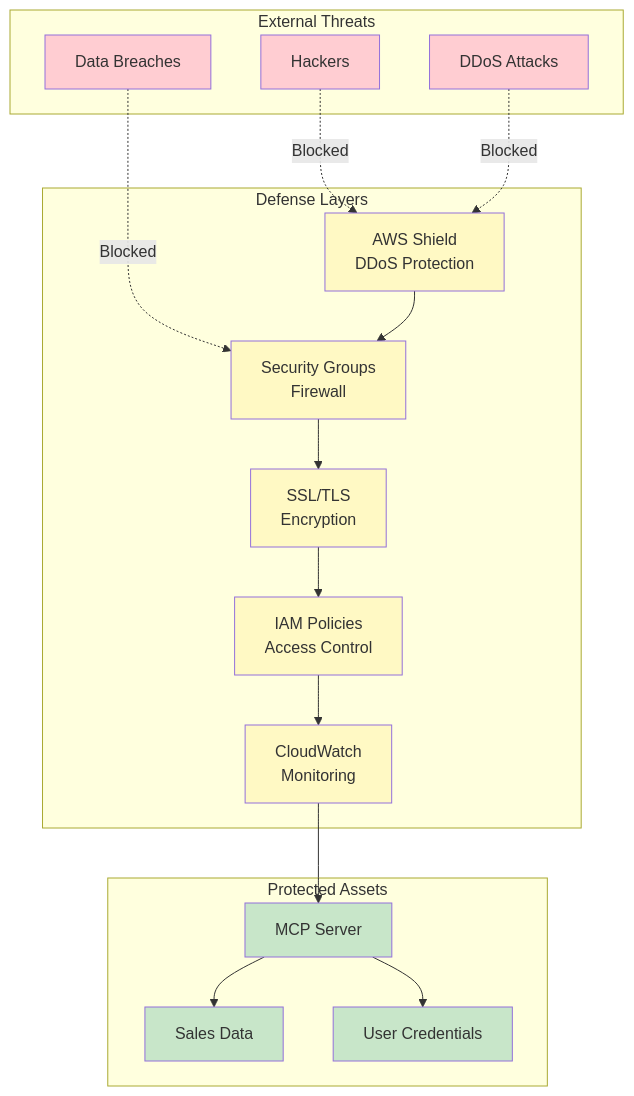
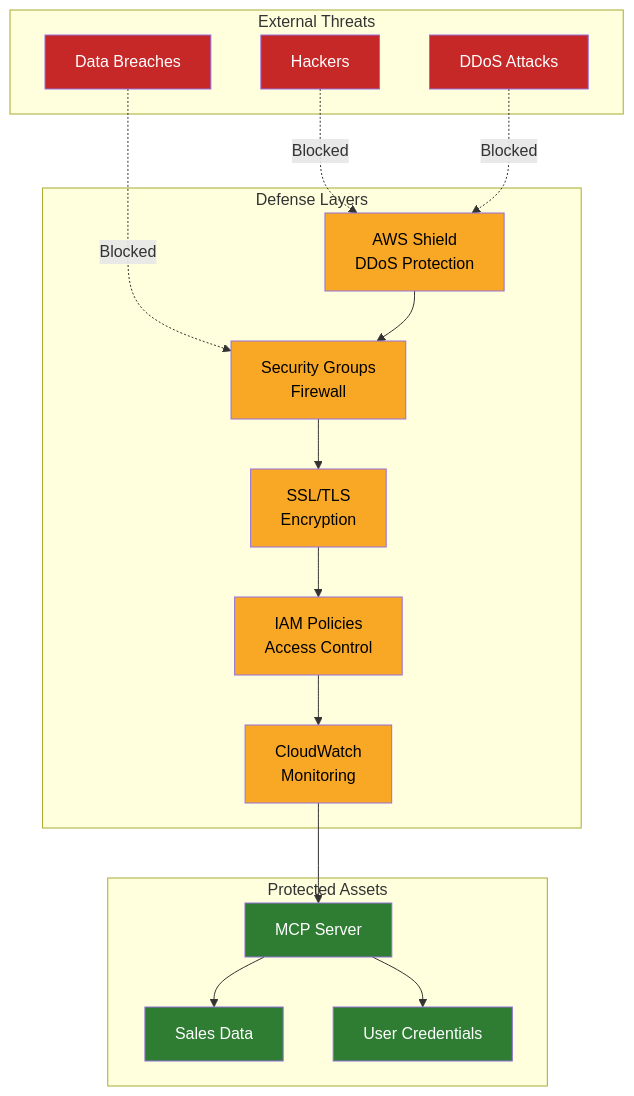
Diagram 13 of 15 in AWS_DEPLOYMENT_EXECUTIVE_GUIDE.md (SamyamoyRakshitSigmoid/MCP-Exploration), drawn with Mermaid before and after one commit. The commit also changed other lines of this file, not shown here.

Commit message:
style: Update diagram colors for improved visibility and consistency

````diff
--- a/AWS_DEPLOYMENT_EXECUTIVE_GUIDE.md
+++ b/AWS_DEPLOYMENT_EXECUTIVE_GUIDE.md
@@ -697,45 +697,45 @@
 ```mermaid
 graph TB
     subgraph "External Threats"
         A1[Hackers]
         A2[DDoS Attacks]
         A3[Data Breaches]
     end
     
     subgraph "Defense Layers"
         B1[AWS Shield<br/>DDoS Protection]
         B2[Security Groups<br/>Firewall]
         B3[SSL/TLS<br/>Encryption]
         B4[IAM Policies<br/>Access Control]
         B5[CloudWatch<br/>Monitoring]
     end
     
     subgraph "Protected Assets"
         C1[MCP Server]
         C2[Sales Data]
         C3[User Credentials]
     end
     
     A1 -.->|Blocked| B1
     A2 -.->|Blocked| B1
     A3 -.->|Blocked| B2
     B1 --> B2
     B2 --> B3
     B3 --> B4
     B4 --> B5
     B5 --> C1
     C1 --> C2
     C1 --> C3
     
-    style A1 fill:#ffcdd2
-    style A2 fill:#ffcdd2
-    style A3 fill:#ffcdd2
-    style B1 fill:#fff9c4
-    style B2 fill:#fff9c4
-    style B3 fill:#fff9c4
-    style B4 fill:#fff9c4
-    style B5 fill:#fff9c4
-    style C1 fill:#c8e6c9
-    style C2 fill:#c8e6c9
-    style C3 fill:#c8e6c9
+    style A1 fill:#c62828,color:#fff
+    style A2 fill:#c62828,color:#fff
+    style A3 fill:#c62828,color:#fff
+    style B1 fill:#f9a825,color:#000
+    style B2 fill:#f9a825,color:#000
+    style B3 fill:#f9a825,color:#000
+    style B4 fill:#f9a825,color:#000
+    style B5 fill:#f9a825,color:#000
+    style C1 fill:#2e7d32,color:#fff
+    style C2 fill:#2e7d32,color:#fff
+    style C3 fill:#2e7d32,color:#fff
 ```
````
